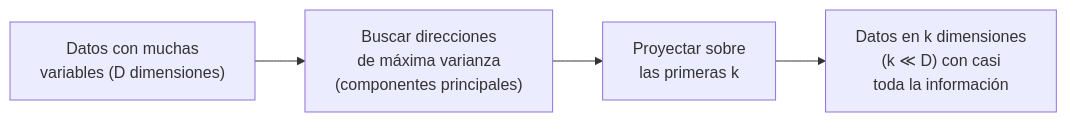
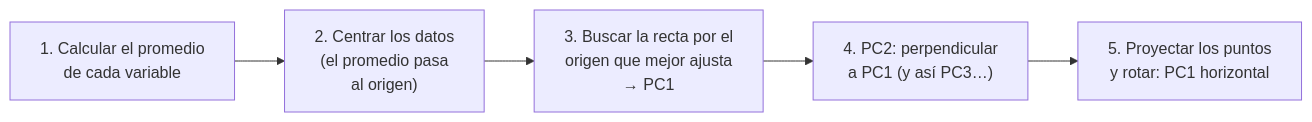
The first of 3 diagrams in Materias/Ciencia de Datos/Guías de estudio/07 - Reducción de la dimensionalidad.md (totogr/Tomas-Goncalves-Rei), drawn with Mermaid before and after one commit. The commit also changed other lines of this file and 7 other files, not shown here.

````diff
--- a/Materias/Ciencia de Datos/Guías de estudio/07 - Reducción de la dimensionalidad.md
+++ b/Materias/Ciencia de Datos/Guías de estudio/07 - Reducción de la dimensionalidad.md
@@ -28,6 +48,7 @@
 ```mermaid
 flowchart LR
-    A["Datos con muchas<br/>variables (D dimensiones)"] --> B["Buscar direcciones<br/>de máxima varianza<br/>(componentes principales)"]
-    B --> C["Proyectar sobre<br/>las primeras k"]
-    C --> D["Datos en k dimensiones<br/>(k ≪ D) con casi<br/>toda la información"]
+    A["1. Calcular el promedio<br/>de cada variable"] --> B["2. Centrar los datos<br/>(el promedio pasa<br/>al origen)"]
+    B --> C["3. Buscar la recta por el<br/>origen que mejor ajusta<br/>→ PC1"]
+    C --> D["4. PC2: perpendicular<br/>a PC1 (y así PC3…)"]
+    D --> E["5. Proyectar los puntos<br/>y rotar: PC1 horizontal"]
 ```
````
